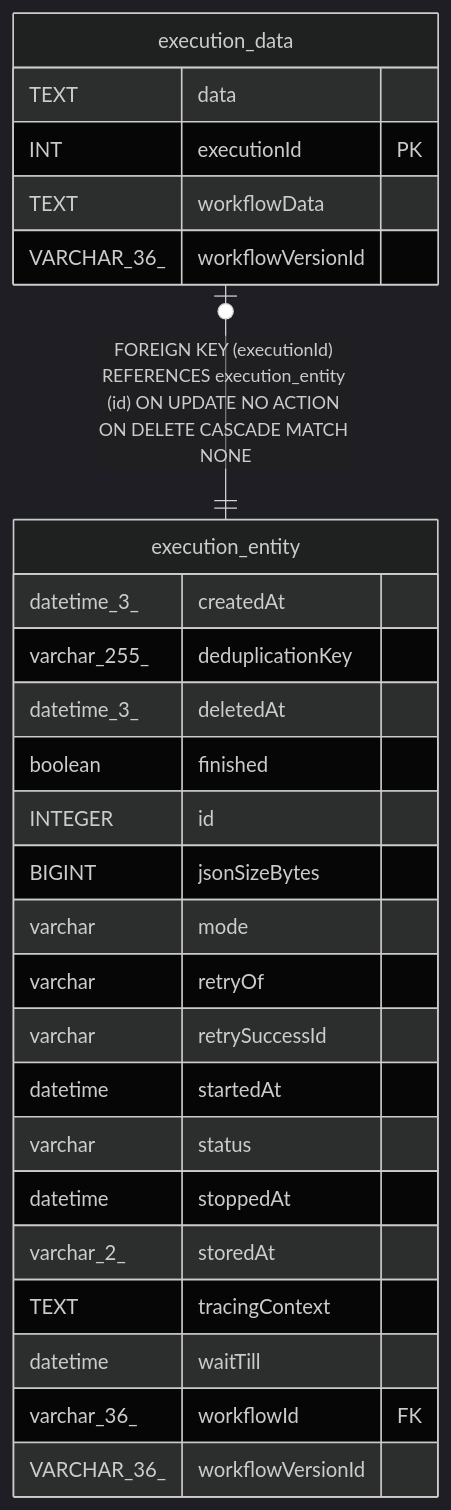
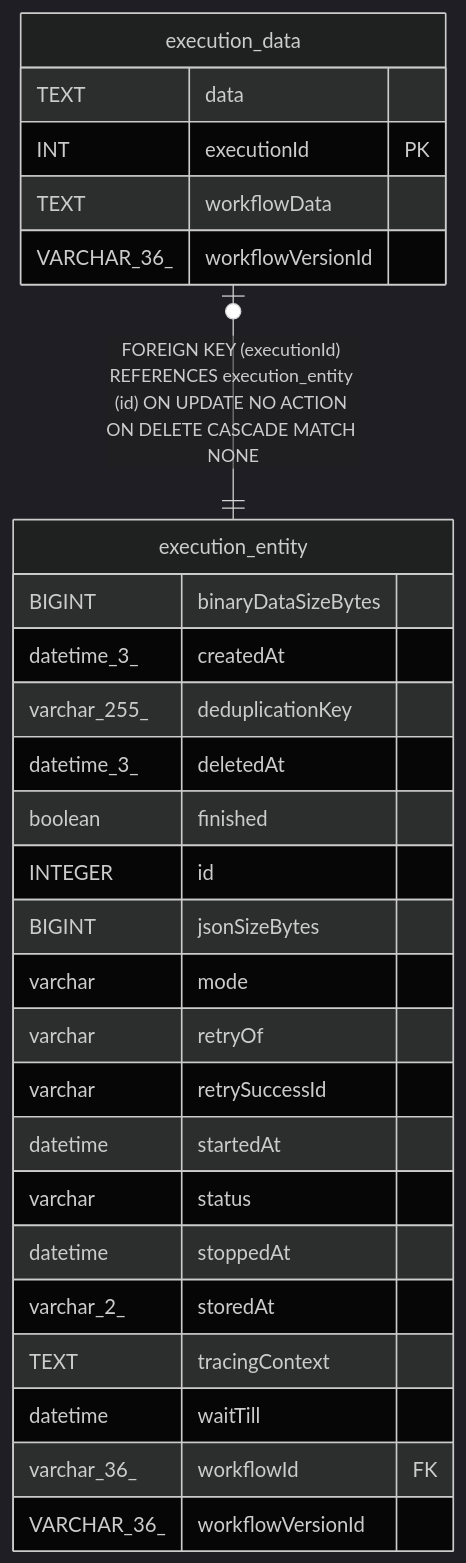
The diagram in docs/generated/sqlite-schema/execution_data.md (mayankjain1815-commits/n8n), drawn with Mermaid (dark theme) before and after one commit. The commit also changed 31 other files, not shown here.

Commit message:
feat(core): Track binary data size on execution entity rows (no-changelog) (#32387)

````diff
--- a/docs/generated/sqlite-schema/execution_data.md
+++ b/docs/generated/sqlite-schema/execution_data.md
@@ -44,31 +44,32 @@
 ```mermaid
 erDiagram
 
 "execution_data" |o--|| "execution_entity" : "FOREIGN KEY (executionId) REFERENCES execution_entity (id) ON UPDATE NO ACTION ON DELETE CASCADE MATCH NONE"
 
 "execution_data" {
   TEXT data
   INT executionId PK
   TEXT workflowData
   VARCHAR_36_ workflowVersionId
 }
 "execution_entity" {
+  BIGINT binaryDataSizeBytes
   datetime_3_ createdAt
   varchar_255_ deduplicationKey
   datetime_3_ deletedAt
   boolean finished
   INTEGER id
   BIGINT jsonSizeBytes
   varchar mode
   varchar retryOf
   varchar retrySuccessId
   datetime startedAt
   varchar status
   datetime stoppedAt
   varchar_2_ storedAt
   TEXT tracingContext
   datetime waitTill
   varchar_36_ workflowId FK
   VARCHAR_36_ workflowVersionId
 }
 ```
````
